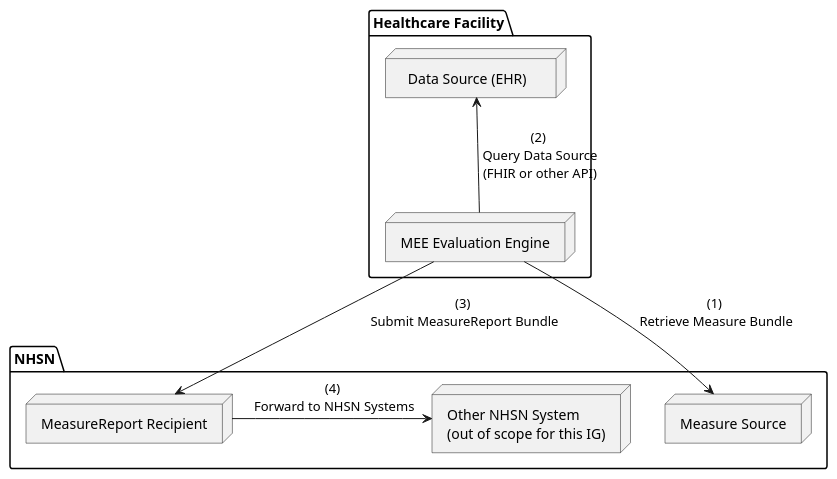
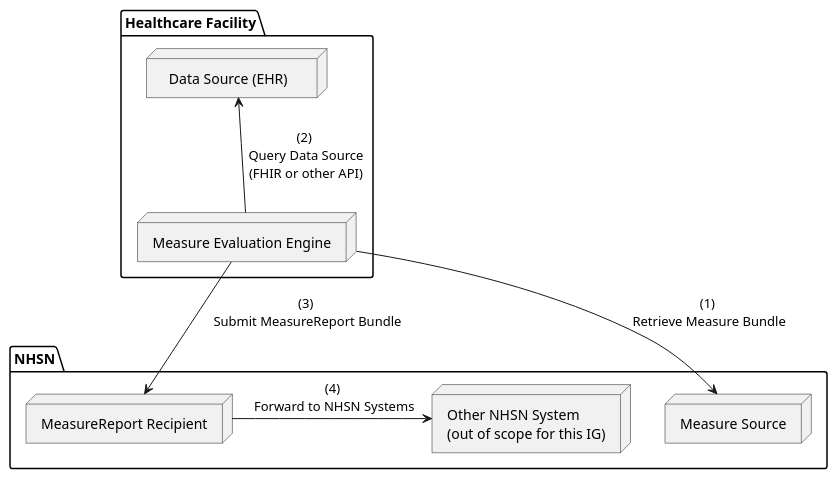
The diagram in input/images-source/usfr-push-1.plantuml (HL7/us-safr), drawn with PlantUML before and after one commit. The commit also changed 2 other files, not shown here.

```diff
--- a/input/images-source/usfr-push-1.plantuml
+++ b/input/images-source/usfr-push-1.plantuml
@@ -1,21 +1,21 @@
 @startuml
 
 package "Healthcare Facility" {
     node "  Data Source (EHR)    " as EHR
-    node "MEE Evaluation Engine" as MEE1
+    node "Measure Evaluation Engine" as MEE1
 }
 
 package "NHSN" {
     node "Other NHSN System\n(out of scope for this IG)" as other
     node "Measure Source" as MS
     node "MeasureReport Recipient" as Recipient
 }
 
 EHR <-down- MEE1 : (2)\n Query Data Source\n (FHIR or other API)
 
 MEE1 -down-> MS : (1)\n Retrieve Measure Bundle
 MEE1 -right-> Recipient : (3)\n Submit MeasureReport Bundle
 Recipient -right-> other : (4)\n Forward to NHSN Systems
 
 
 @enduml
```
